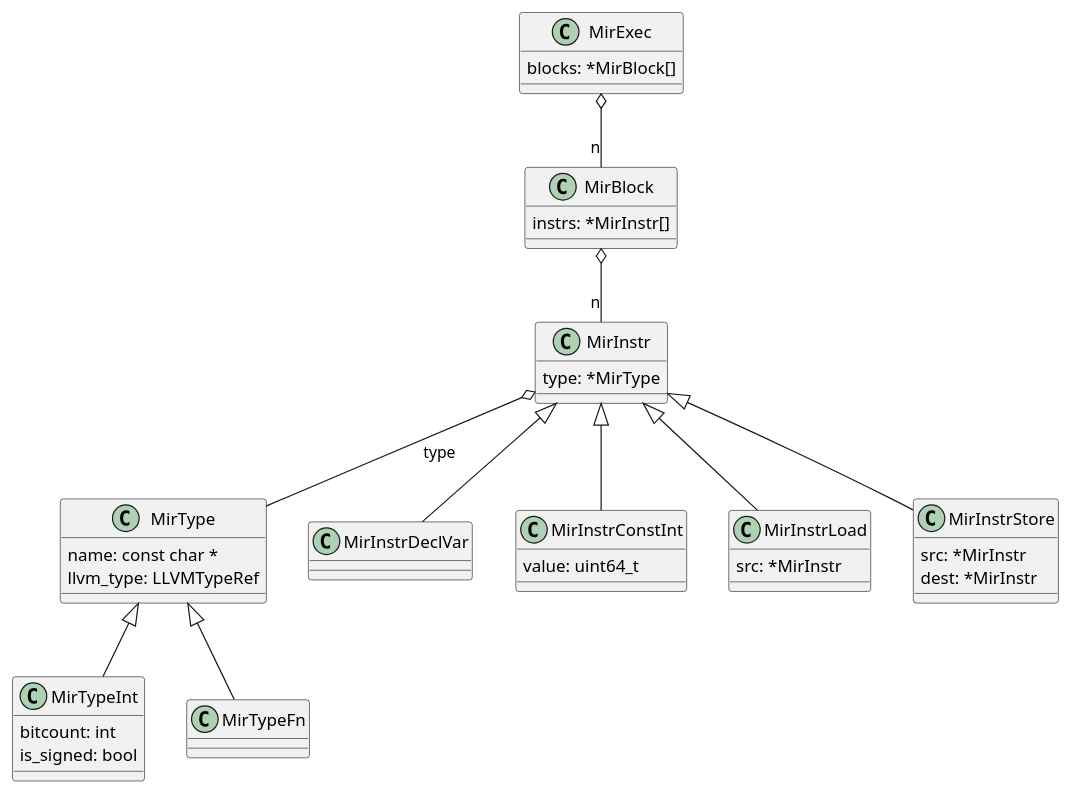
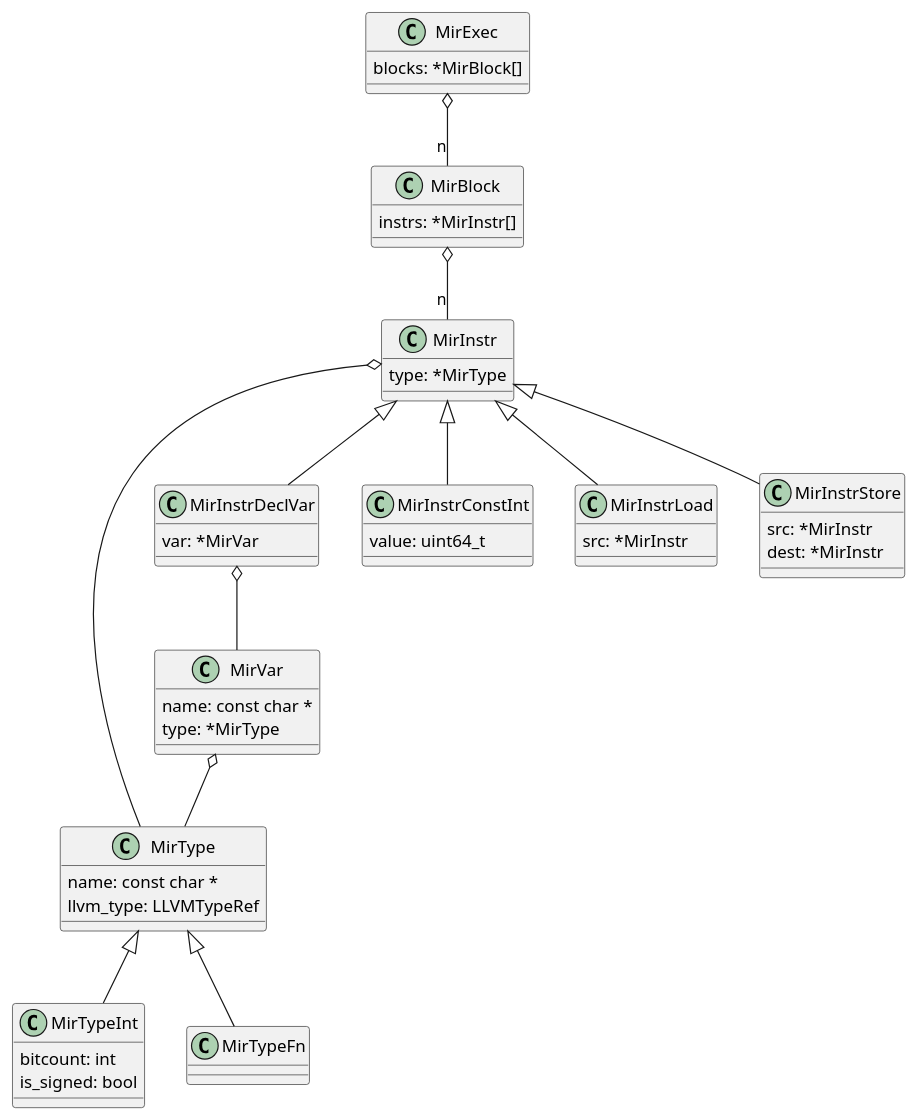
The diagram in doc/mir.puml (travisdoor/bl), drawn with PlantUML before and after one commit. The commit also changed 4 other files, not shown here.

```diff
--- a/doc/mir.puml
+++ b/doc/mir.puml
@@ -1,58 +1,66 @@
 @startuml
+
+class MirVar {
+  name: const char *
+  type: *MirType
+}
 
 class MirExec {
   blocks: *MirBlock[]
 }
 
 class MirBlock {
   instrs: *MirInstr[]
 }
 
 class MirType {
   name: const char *
   llvm_type: LLVMTypeRef 
 }
 
 class MirTypeInt {
   bitcount: int
   is_signed: bool
 }
 
 class MirTypeFn {
 }
 
 class MirInstr {
   type: *MirType
 }
 
 class MirInstrDeclVar {
+  var: *MirVar
 }
 
 class MirInstrConstInt {
   value: uint64_t
 }
 
 class MirInstrLoad {
   src: *MirInstr
 }
 
 class MirInstrStore {
   src: *MirInstr
   dest: *MirInstr
 }
 
 MirType <|-- MirTypeInt
 MirType <|-- MirTypeFn
 
 MirInstr <|-- MirInstrDeclVar
 MirInstr <|-- MirInstrLoad
 MirInstr <|-- MirInstrStore
 MirInstr <|-- MirInstrConstInt
 
 MirExec o-- "n" MirBlock
 
 MirBlock o-- "n" MirInstr
 
-MirInstr o-- MirType: type
+MirInstr o-- MirType
+MirInstrDeclVar o-- MirVar
+MirVar o-- MirType
 
 @enduml
```
